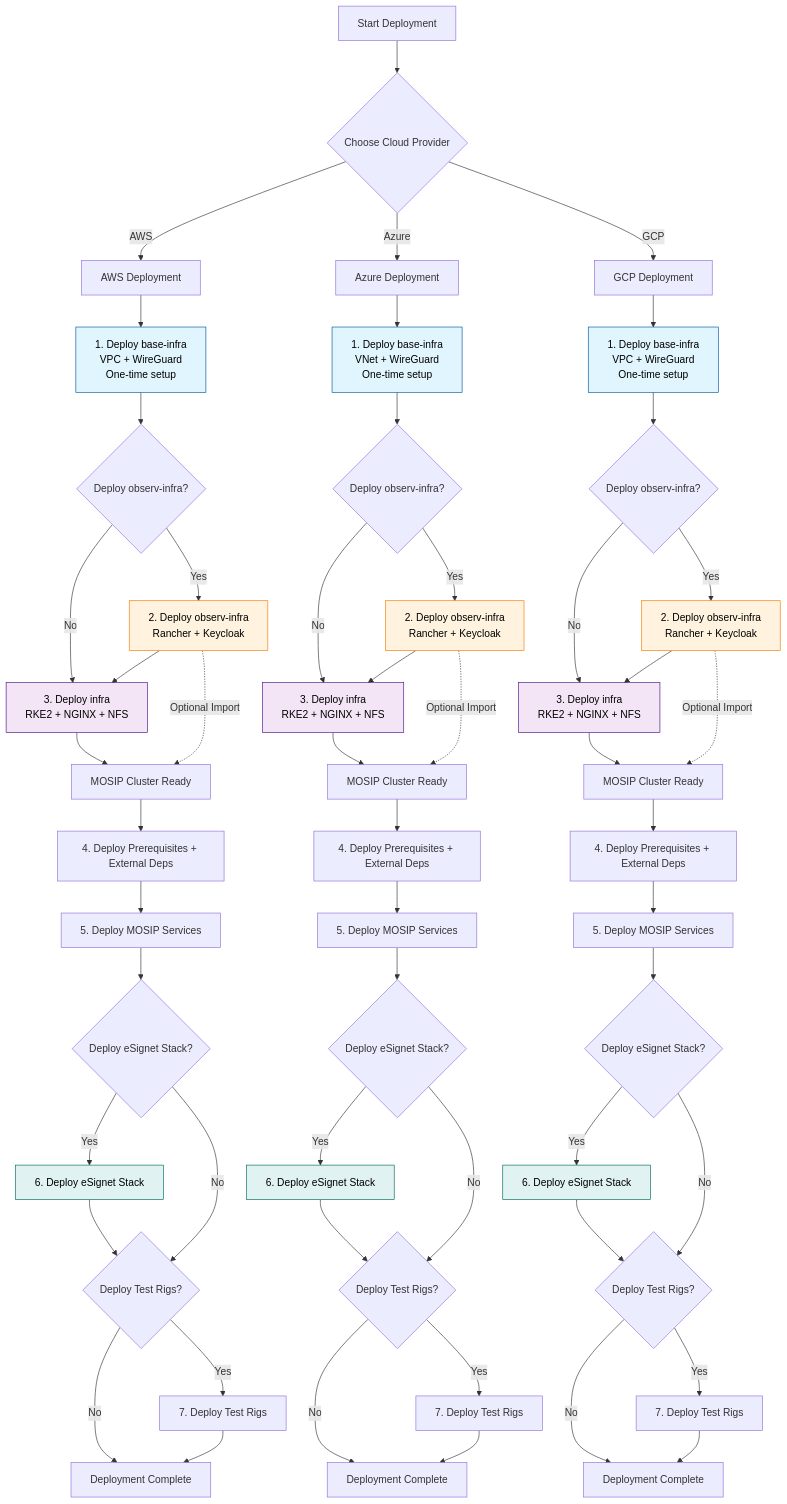
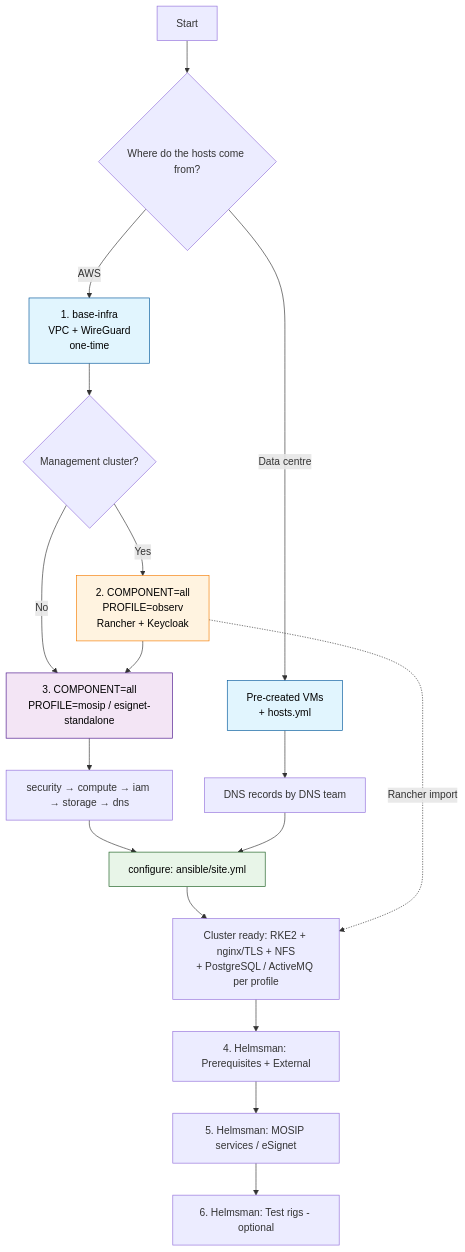
One commit to mosip/infra changed the first of 2 diagrams in docs/_images/ARCHITECTURE_DIAGRAMS.md. Above: the diagram before and after it, drawn with Mermaid. The commit also changed other lines of this file and 197 other files, not shown here.

````diff
--- a/docs/_images/ARCHITECTURE_DIAGRAMS.md
+++ b/docs/_images/ARCHITECTURE_DIAGRAMS.md
@@ -7,78 +7,29 @@
 ```mermaid
 graph TD
- A[Start Deployment] --> B{Choose Cloud Provider}
- B -->|AWS| C[AWS Deployment]
- B -->|Azure| D[Azure Deployment] 
- B -->|GCP| E[GCP Deployment]
- 
- C --> F[1. Deploy base-infra<br/>VPC + WireGuard<br/>One-time setup]
- D --> G[1. Deploy base-infra<br/>VNet + WireGuard<br/>One-time setup]
- E --> H[1. Deploy base-infra<br/>VPC + WireGuard<br/>One-time setup]
- 
- F --> I{Deploy observ-infra?}
- G --> J{Deploy observ-infra?}
- H --> K{Deploy observ-infra?}
- 
- I -->|Yes| L[2. Deploy observ-infra<br/>Rancher + Keycloak]
- I -->|No| M[3. Deploy infra<br/>RKE2 + NGINX + NFS]
- J -->|Yes| N[2. Deploy observ-infra<br/>Rancher + Keycloak]
- J -->|No| O[3. Deploy infra<br/>RKE2 + NGINX + NFS]
- K -->|Yes| P[2. Deploy observ-infra<br/>Rancher + Keycloak]
- K -->|No| Q[3. Deploy infra<br/>RKE2 + NGINX + NFS]
- 
- L --> M
- N --> O
- P --> Q
- 
- M --> R[MOSIP Cluster Ready]
- O --> S[MOSIP Cluster Ready]
- Q --> T[MOSIP Cluster Ready]
- 
- L -.->|Optional Import| R
- N -.->|Optional Import| S
- P -.->|Optional Import| T
- 
- R --> R1[4. Deploy Prerequisites + External Deps]
- S --> S1[4. Deploy Prerequisites + External Deps]
- T --> T1[4. Deploy Prerequisites + External Deps]
- 
- R1 --> R2[5. Deploy MOSIP Services]
- S1 --> S2[5. Deploy MOSIP Services]
- T1 --> T2[5. Deploy MOSIP Services]
- 
- R2 --> RE{Deploy eSignet Stack?}
- S2 --> SE{Deploy eSignet Stack?}
- T2 --> TE{Deploy eSignet Stack?}
- RE -->|Yes| R3[6. Deploy eSignet Stack]
- SE -->|Yes| S3[6. Deploy eSignet Stack]
- TE -->|Yes| T3[6. Deploy eSignet Stack]
- 
- R3 --> RT{Deploy Test Rigs?}
- S3 --> ST{Deploy Test Rigs?}
- T3 --> TT{Deploy Test Rigs?}
- RE -->|No| RT
- SE -->|No| ST
- TE -->|No| TT
-RT -->|Yes| R4[7. Deploy Test Rigs]
-ST -->|Yes| S4[7. Deploy Test Rigs]
-TT -->|Yes| T4[7. Deploy Test Rigs]
-RT -->|No| R_Done[Deployment Complete]
-ST -->|No| S_Done[Deployment Complete]
-TT -->|No| T_Done[Deployment Complete]
-R4 --> R_Done
-S4 --> S_Done
-T4 --> T_Done
- 
- style F fill:#e1f5fe,stroke:#01579b,color:#000000
- style G fill:#e1f5fe,stroke:#01579b,color:#000000
- style H fill:#e1f5fe,stroke:#01579b,color:#000000
- style L fill:#fff3e0,stroke:#f57c00,color:#000000
- style N fill:#fff3e0,stroke:#f57c00,color:#000000
- style P fill:#fff3e0,stroke:#f57c00,color:#000000
+ A[Start] --> B{Where do the hosts come from?}
+ B -->|AWS| C[1. base-infra<br/>VPC + WireGuard<br/>one-time]
+ B -->|Data centre| DC[Pre-created VMs<br/>+ hosts.yml]
+
+ C --> OBS{Management cluster?}
+ OBS -->|Yes| O[2. COMPONENT=all<br/>PROFILE=observ<br/>Rancher + Keycloak]
+ OBS -->|No| M
+ O --> M[3. COMPONENT=all<br/>PROFILE=mosip / esignet-standalone]
+
+ M --> TF[security → compute → iam → storage → dns]
+ TF --> CFG[configure: ansible/site.yml]
+ DC --> DNS[DNS records by DNS team]
+ DNS --> CFG
+
+ CFG --> R[Cluster ready: RKE2 + nginx/TLS + NFS<br/>+ PostgreSQL / ActiveMQ per profile]
+ O -.->|Rancher import| R
+
+ R --> H1[4. Helmsman: Prerequisites + External]
+ H1 --> H2[5. Helmsman: MOSIP services / eSignet]
+ H2 --> H3[6. Helmsman: Test rigs - optional]
+
+ style C fill:#e1f5fe,stroke:#01579b,color:#000000
+ style DC fill:#e1f5fe,stroke:#01579b,color:#000000
+ style O fill:#fff3e0,stroke:#f57c00,color:#000000
  style M fill:#f3e5f5,stroke:#4a148c,color:#000000
- style O fill:#f3e5f5,stroke:#4a148c,color:#000000
- style Q fill:#f3e5f5,stroke:#4a148c,color:#000000
- style R3 fill:#e0f2f1,stroke:#00695c,color:#000000
- style S3 fill:#e0f2f1,stroke:#00695c,color:#000000
- style T3 fill:#e0f2f1,stroke:#00695c,color:#000000
+ style CFG fill:#e8f5e8,stroke:#1b5e20,color:#000000
 ```
````
